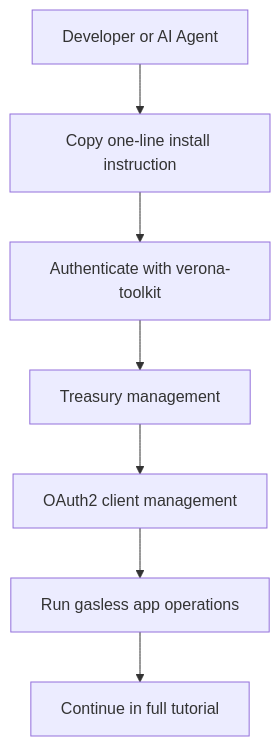
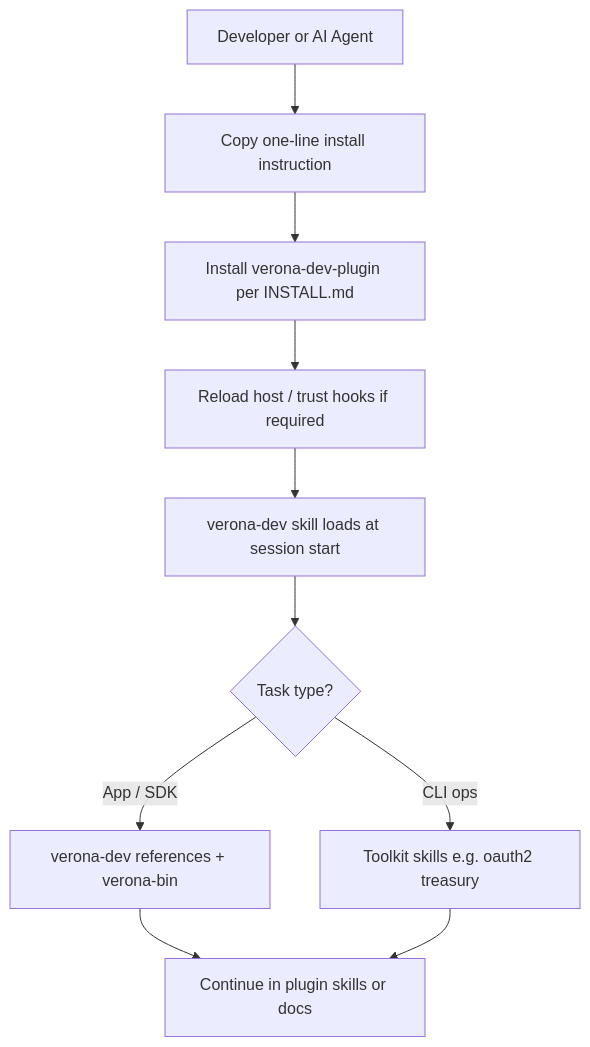
Before and after one commit to burnt-labs/docs: the diagram in about-verona/ai-agents.md, drawn with Mermaid. The commit also changed other lines of this file, not shown here.

Commit message:
docs(ai-agents): recommend verona-dev-plugin for Code Agents

````diff
--- a/about-verona/ai-agents.md
+++ b/about-verona/ai-agents.md
@@ -37,9 +36,12 @@
 ```mermaid
 flowchart TD
     start[Developer or AI Agent] --> copy[Copy one-line install instruction]
-    copy --> auth[Authenticate with verona-toolkit]
-    auth --> treasury[Treasury management]
-    treasury --> oauth[OAuth2 client management]
-    oauth --> gasless[Run gasless app operations]
-    gasless --> next[Continue in full tutorial]
+    copy --> install[Install verona-dev-plugin per INSTALL.md]
+    install --> reload[Reload host / trust hooks if required]
+    reload --> entry[verona-dev skill loads at session start]
+    entry --> route{Task type?}
+    route -->|App / SDK| dev[verona-dev references + verona-bin]
+    route -->|CLI ops| toolkit[Toolkit skills e.g. oauth2 treasury]
+    dev --> next[Continue in plugin skills or docs]
+    toolkit --> next
 ```
````
